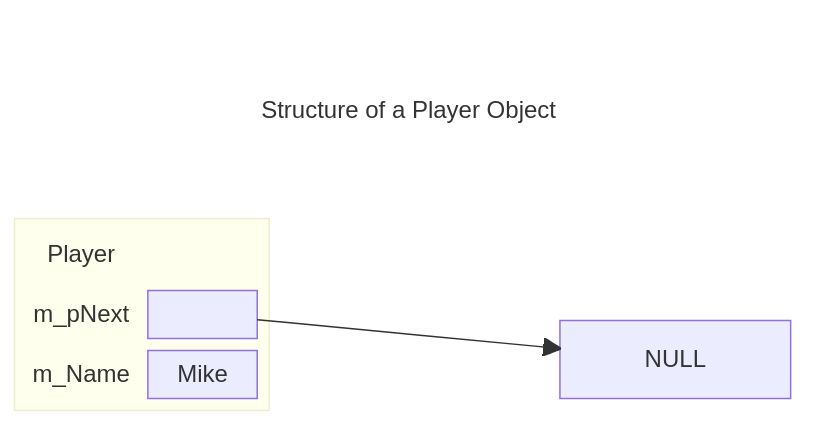
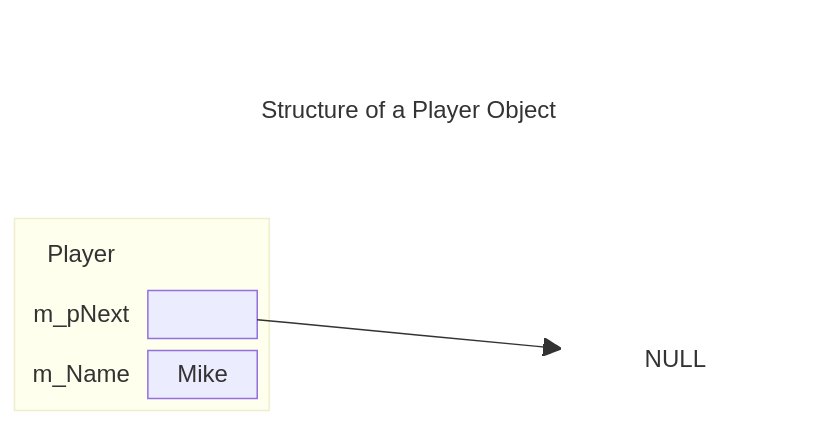
The seventh of 12 diagrams in Chapter9/Chapter9.md (flempriere/CppThroughGameProgramming), drawn with Mermaid before and after one commit. The commit also changed other lines of this file and 2 other files, not shown here.

Commit message:
Fixed some of the mermaid diagrams in Chapter9, updated README and added notes template for Chapter 10

````diff
--- a/Chapter9/Chapter9.md
+++ b/Chapter9/Chapter9.md
@@ -690,32 +690,33 @@
 ```mermaid
 
 block
     columns 3
 
     title("Structure of a Player Object"):3
 
     block
         columns 2
         Player
         space
         m_pNext
         pointer[" "]
         m_Name
         name["Mike"]
     end
     space
     block:heap
         columns 1
         space
         next["NULL"]
     end
 
 pointer-->next
 
 class title BG
 class heap BG
 class m_pNext BG
 class m_Name BG
 class Player BG
+class next BG
 classDef BG stroke:transparent, fill:transparent
 ```
````
